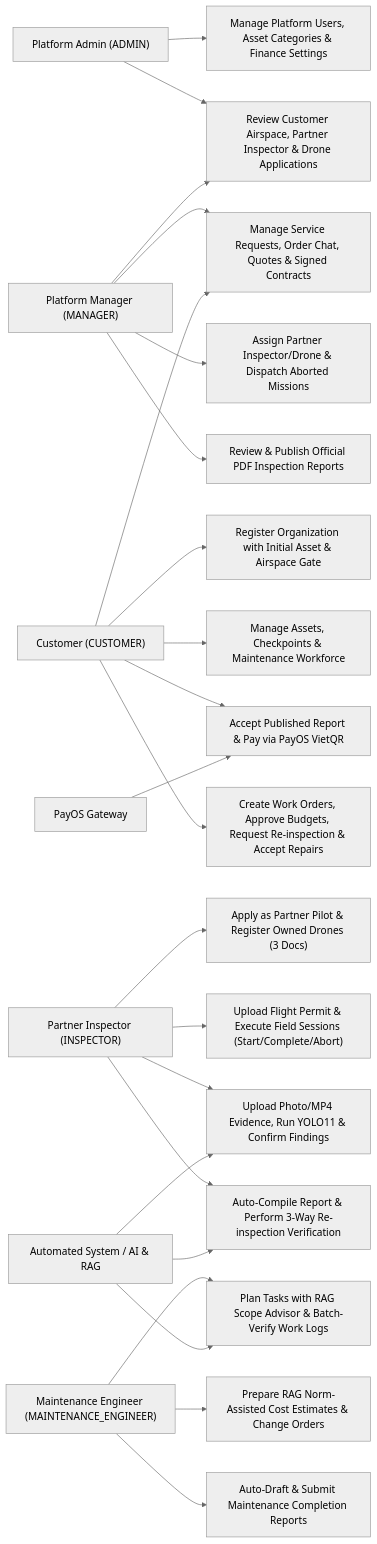
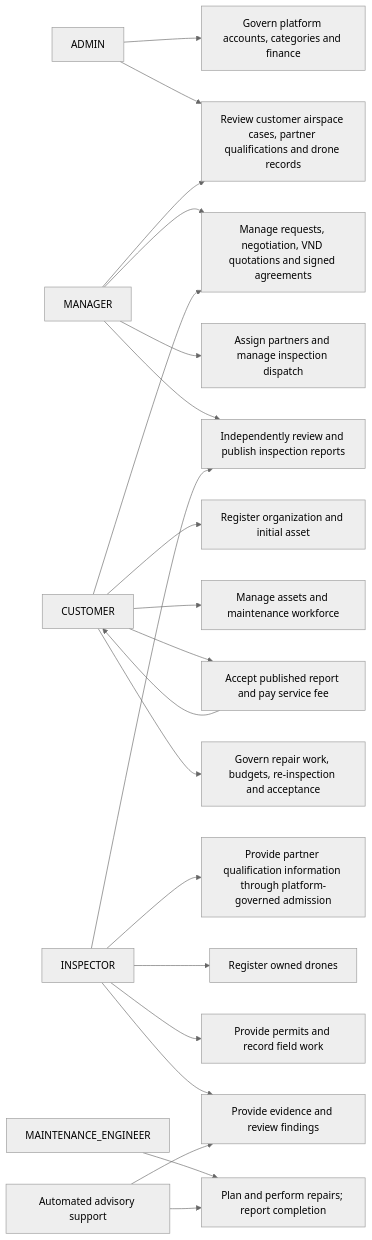
The diagram in reports/report-3-software-requirement-specification/02-user-requirements.md (tungbach12/SmartDroneInspection-Docs), drawn with Mermaid (neutral theme) before and after one commit. The commit also changed other lines of this file and 30 other files, not shown here.

````diff
--- a/reports/report-3-software-requirement-specification/02-user-requirements.md
+++ b/reports/report-3-software-requirement-specification/02-user-requirements.md
@@ -26,30 +28,27 @@
 ```mermaid
 %% title: Use Case Diagram
 flowchart LR
-  PA["Platform Admin (ADMIN)"] --> UC_GOV["Manage Platform Users, Asset Categories & Finance Settings"]
-  PA --> UC_ONBOARD_REV["Review Customer Airspace, Partner Inspector & Drone Applications"]
-  PM["Platform Manager (MANAGER)"] --> UC_ONBOARD_REV
-  PM --> UC_QUOTE["Manage Service Requests, Order Chat, Quotes & Signed Contracts"]
-  PM --> UC_DISPATCH["Assign Partner Inspector/Drone & Dispatch Aborted Missions"]
-  PM --> UC_REV["Review & Publish Official PDF Inspection Reports"]
+  ADMIN["ADMIN"] --> GOV["Govern platform accounts, categories and finance"]
+  ADMIN --> REVIEW["Review customer airspace cases, partner qualifications and drone records"]
+  MANAGER["MANAGER"] --> REVIEW
+  MANAGER --> COMMERCIAL["Manage requests, negotiation, VND quotations and signed agreements"]
+  MANAGER --> DISPATCH["Assign partners and manage inspection dispatch"]
+  MANAGER --> REPORT["Independently review and publish inspection reports"]
 
-  CU["Customer (CUSTOMER)"] --> UC_REG["Register Organization with Initial Asset & Airspace Gate"]
-  CU --> UC_ASSET["Manage Assets, Checkpoints & Maintenance Workforce"]
-  CU --> UC_QUOTE
-  CU --> UC_PAY["Accept Published Report & Pay via PayOS VietQR"]
-  CU --> UC_MAINT_GOV["Create Work Orders, Approve Budgets, Request Re-inspection & Accept Repairs"]
+  CUSTOMER["CUSTOMER"] --> REGISTER["Register organization and initial asset"]
+  CUSTOMER --> ASSET["Manage assets and maintenance workforce"]
+  CUSTOMER --> COMMERCIAL
+  CUSTOMER --> PAYMENT["Accept published report and pay service fee"]
+  CUSTOMER --> MAINTENANCE["Govern repair work, budgets, re-inspection and acceptance"]
 
-  IN["Partner Inspector (INSPECTOR)"] --> UC_PARTNER["Apply as Partner Pilot & Register Owned Drones (3 Docs)"]
-  IN --> UC_PERMIT["Upload Flight Permit & Execute Field Sessions (Start/Complete/Abort)"]
-  IN --> UC_DEFECT["Upload Photo/MP4 Evidence, Run YOLO11 & Confirm Findings"]
-  IN --> UC_REP_AUTH["Auto-Compile Report & Perform 3-Way Re-inspection Verification"]
+  INSPECTOR["INSPECTOR"] --> QUALIFY["Provide partner qualification information through platform-governed admission"]
+  INSPECTOR --> DRONE["Register owned drones"]
+  INSPECTOR --> FIELD["Provide permits and record field work"]
+  INSPECTOR --> EVIDENCE["Provide evidence and review findings"]
+  INSPECTOR --> REPORT
 
-  ME["Maintenance Engineer (MAINTENANCE_ENGINEER)"] --> UC_TASK["Plan Tasks with RAG Scope Advisor & Batch-Verify Work Logs"]
-  ME --> UC_EST["Prepare RAG Norm-Assisted Cost Estimates & Change Orders"]
-  ME --> UC_COMP_AUTH["Auto-Draft & Submit Maintenance Completion Reports"]
-
-  PAYOS["PayOS Gateway"] --> UC_PAY
-  SYS["Automated System / AI & RAG"] --> UC_DEFECT
-  SYS --> UC_REP_AUTH
-  SYS --> UC_TASK
+  ENGINEER["MAINTENANCE_ENGINEER"] --> REPAIR["Plan and perform repairs; report completion"]
+  PAYMENT --> CUSTOMER
+  AI["Automated advisory support"] --> EVIDENCE
+  AI --> REPAIR
 ```
````
